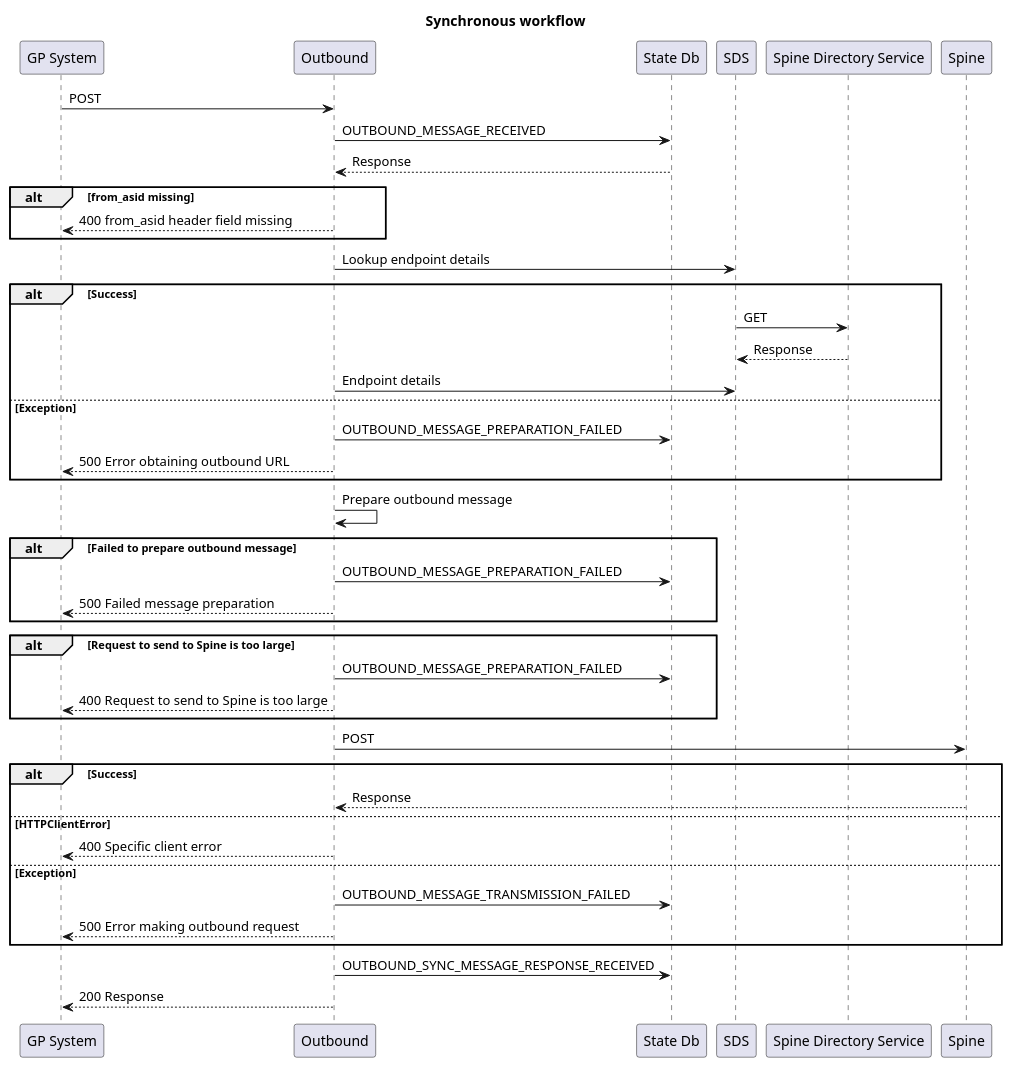
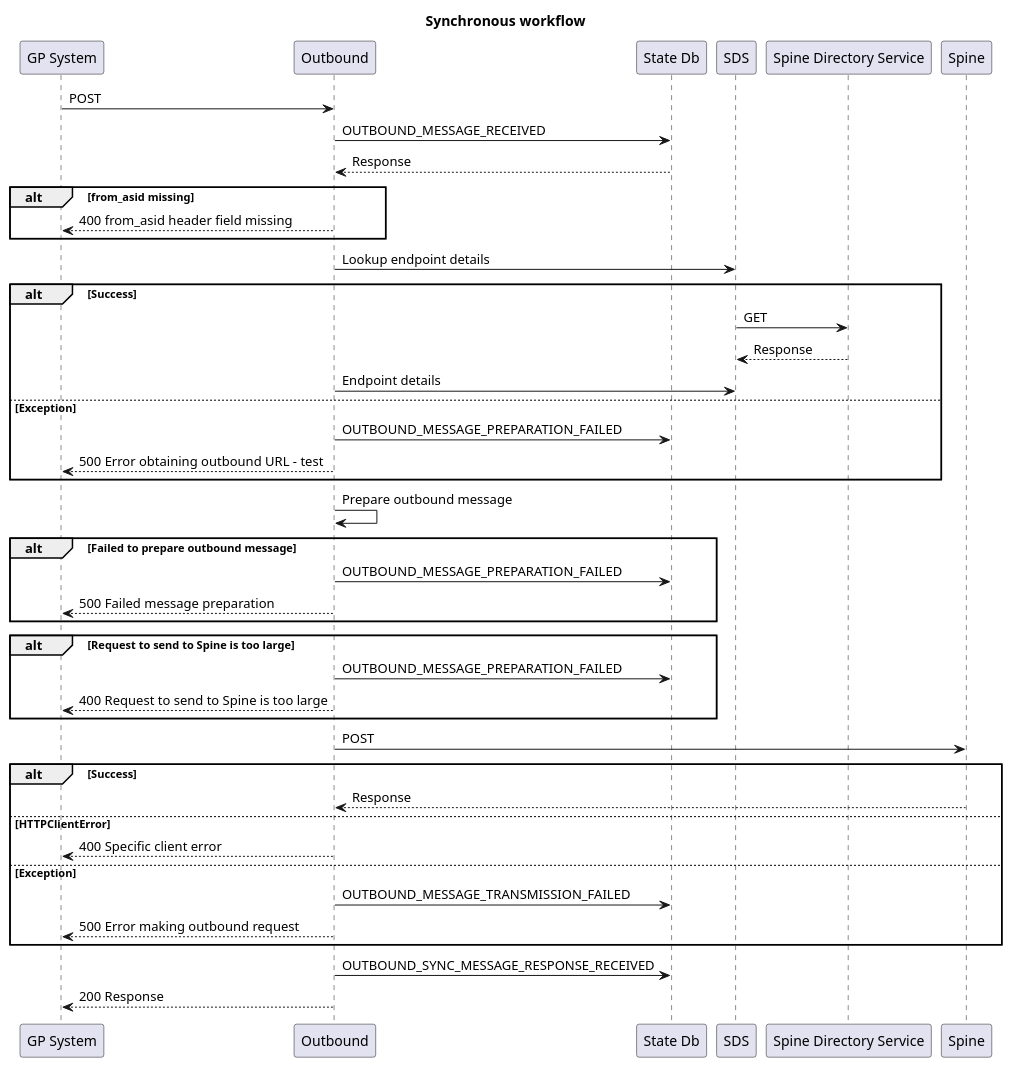
The diagram in documentation/sync-workflow.puml (NHSDigital/integration-adaptor-mhs), drawn with PlantUML before and after one commit. The commit also changed 8 other files, not shown here.

```diff
--- a/documentation/sync-workflow.puml
+++ b/documentation/sync-workflow.puml
@@ -1,42 +1,42 @@
 @startuml
 
 title Synchronous workflow
 
 "GP System" -> Outbound: POST
 Outbound -> "State Db": OUTBOUND_MESSAGE_RECEIVED
 Outbound <-- "State Db": Response
 alt from_asid missing
     "GP System" <-- Outbound: 400 from_asid header field missing
 end
 
 Outbound -> SDS: Lookup endpoint details
 alt Success
     SDS -> "Spine Directory Service": GET
     SDS <-- "Spine Directory Service": Response
     Outbound -> SDS: Endpoint details
 else Exception
     Outbound -> "State Db": OUTBOUND_MESSAGE_PREPARATION_FAILED
-    "GP System" <-- Outbound: 500 Error obtaining outbound URL    
+    "GP System" <-- Outbound: 500 Error obtaining outbound URL - test    
 end
 Outbound -> Outbound: Prepare outbound message
 alt Failed to prepare outbound message
     Outbound -> "State Db": OUTBOUND_MESSAGE_PREPARATION_FAILED
     "GP System" <-- Outbound: 500 Failed message preparation    
 end
 alt Request to send to Spine is too large
     Outbound -> "State Db": OUTBOUND_MESSAGE_PREPARATION_FAILED
     "GP System" <-- Outbound: 400 Request to send to Spine is too large    
 end
 Outbound -> "Spine": POST
 alt Success 
     Outbound <-- "Spine": Response
 else HTTPClientError
     "GP System" <-- Outbound: 400 Specific client error    
 else Exception
     Outbound -> "State Db": OUTBOUND_MESSAGE_TRANSMISSION_FAILED
     "GP System" <-- Outbound: 500 Error making outbound request    
 end
 Outbound -> "State Db": OUTBOUND_SYNC_MESSAGE_RESPONSE_RECEIVED
 "GP System" <-- Outbound: 200 Response
 
 @enduml
```
